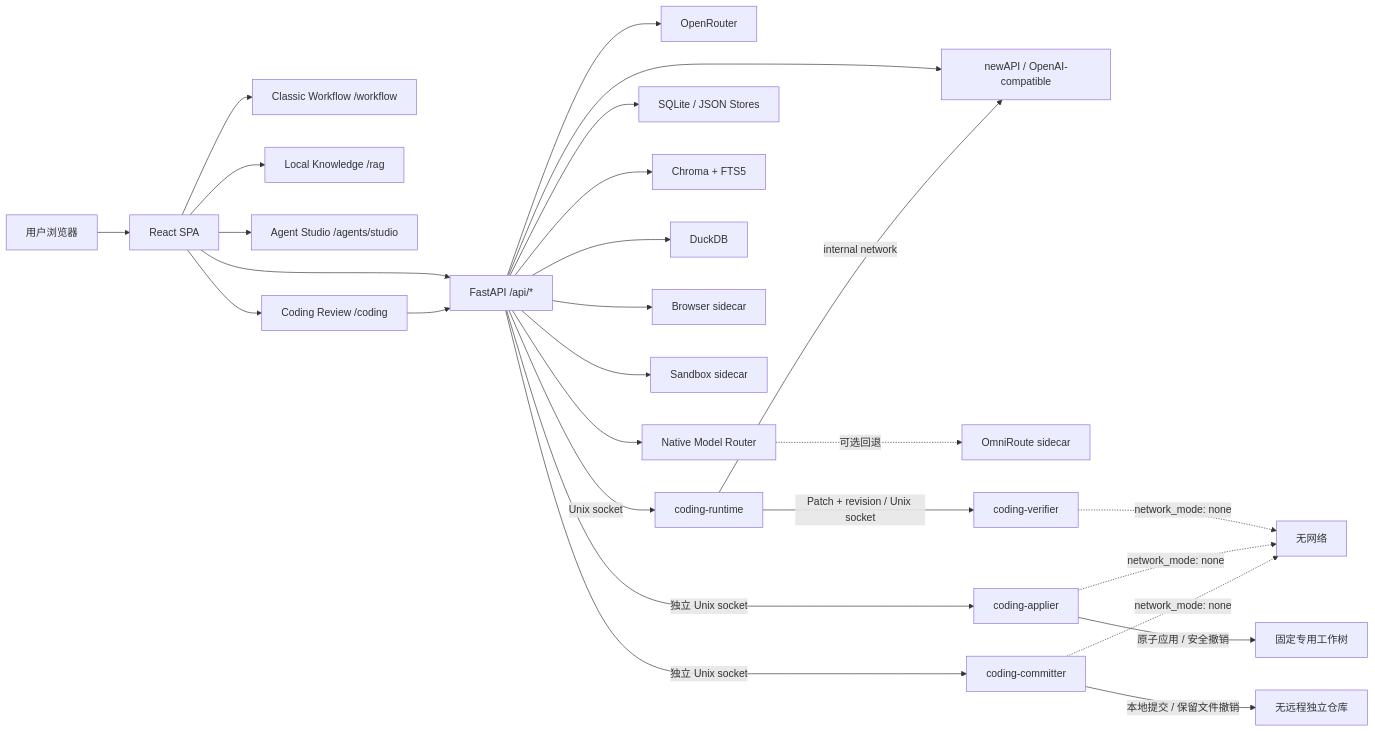
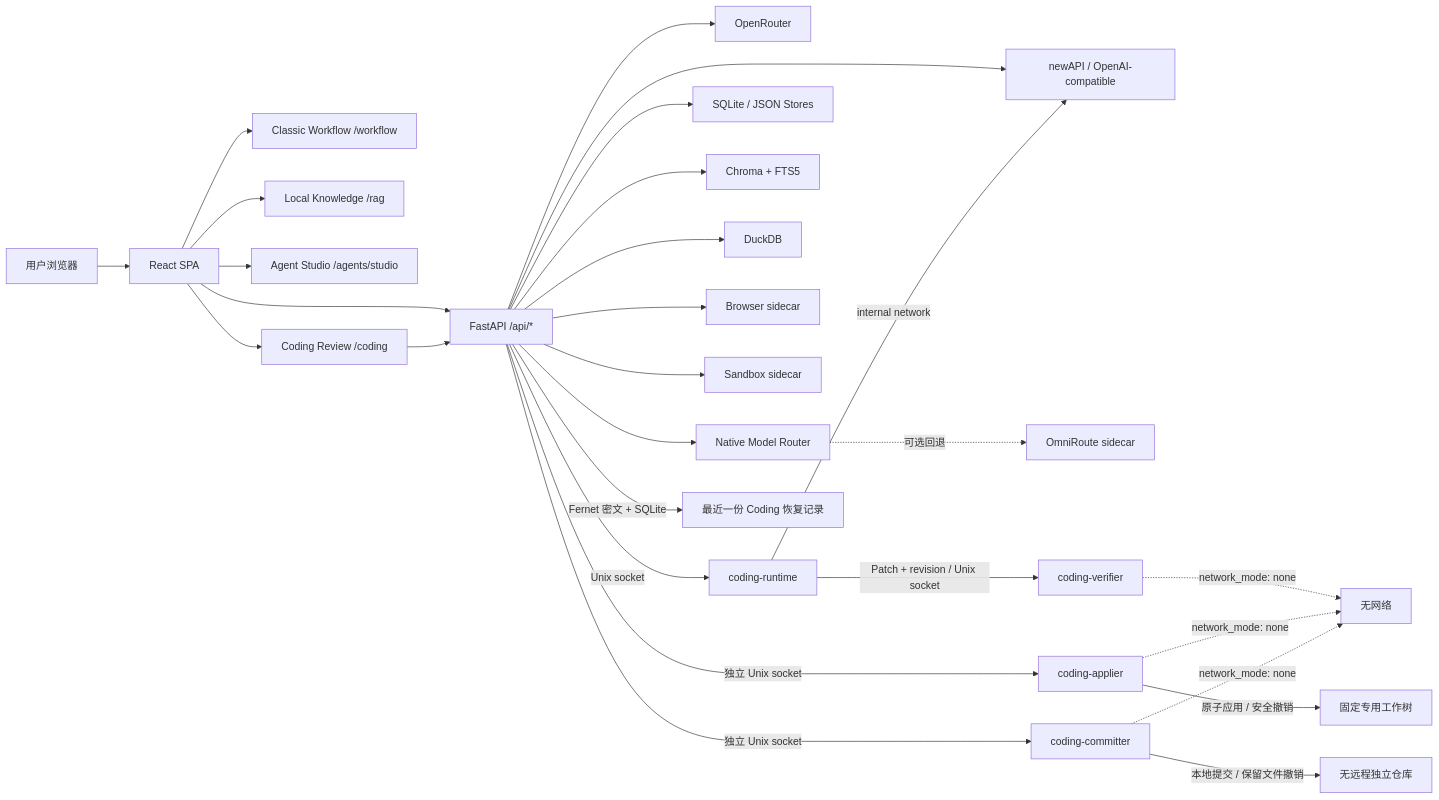
One commit to PinkElf-Elysia/ModelMirror changed the first of 3 diagrams in docs/ARCHITECTURE.md. Above: the diagram before and after it, drawn with Mermaid. The commit also changed other lines of this file and 4 other files, not shown here.

````diff
--- a/docs/ARCHITECTURE.md
+++ b/docs/ARCHITECTURE.md
@@ -46,32 +48,33 @@
 ```mermaid
 flowchart LR
   U["用户浏览器"] --> SPA["React SPA"]
   SPA --> API["FastAPI /api/*"]
 
   SPA --> WF["Classic Workflow /workflow"]
   SPA --> RAG["Local Knowledge /rag"]
   SPA --> STUDIO["Agent Studio /agents/studio"]
   SPA --> CODING["Coding Review /coding"]
   CODING --> API
 
   API --> GW["newAPI / OpenAI-compatible"]
   API --> OR["OpenRouter"]
   API --> ROUTER["Native Model Router"]
   ROUTER -. "可选回退" .-> OMNI["OmniRoute sidecar"]
 
   API --> SQL["SQLite / JSON Stores"]
   API --> VECTOR["Chroma + FTS5"]
   API --> DX["DuckDB"]
   API --> BROWSER["Browser sidecar"]
   API --> SANDBOX["Sandbox sidecar"]
   API -->|"Unix socket"| CODER["coding-runtime"]
   CODER -->|"internal network"| GW
   CODER -->|"Patch + revision / Unix socket"| VERIFY["coding-verifier"]
   VERIFY -. "network_mode: none" .-> OFFLINE["无网络"]
   API -->|"独立 Unix socket"| APPLY["coding-applier"]
   APPLY -->|"原子应用 / 安全撤销"| TARGET["固定专用工作树"]
   APPLY -. "network_mode: none" .-> OFFLINE
   API -->|"独立 Unix socket"| COMMIT["coding-committer"]
   COMMIT -->|"本地提交 / 保留文件撤销"| REPO["无远程独立仓库"]
   COMMIT -. "network_mode: none" .-> OFFLINE
+  API -->|"Fernet 密文 + SQLite"| RECOVERY["最近一份 Coding 恢复记录"]
 ```
````
